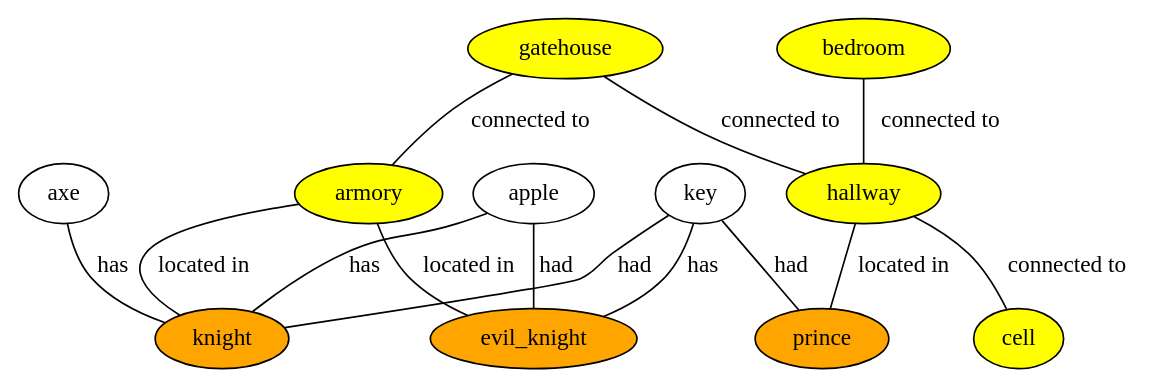
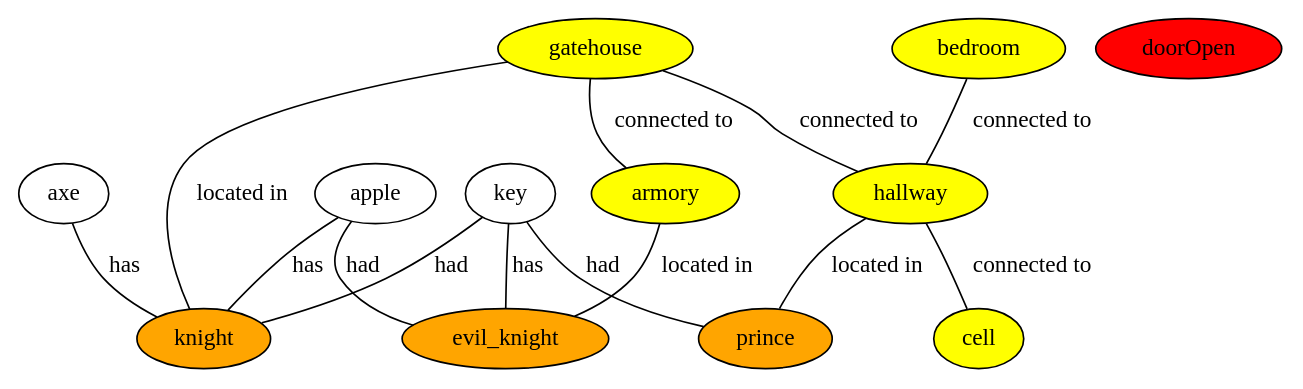
The diagram in BardStep/log/graph.dot (sammo4gun/DungeonRunner), drawn with Graphviz before and after one commit. The commit also changed 5 other files, not shown here.

```diff
--- a/BardStep/log/graph.dot
+++ b/BardStep/log/graph.dot
@@ -1,26 +1,27 @@
 strict graph  {
 gatehouse [fillcolor=yellow, style=filled, type=location];
 bedroom [fillcolor=yellow, style=filled, type=location];
 armory [fillcolor=yellow, style=filled, type=location];
 hallway [fillcolor=yellow, style=filled, type=location];
 cell [fillcolor=yellow, style=filled, type=location];
 axe [fillcolor=white, style=filled, type=object];
 key [fillcolor=white, style=filled, type=object];
 apple [fillcolor=white, style=filled, type=object];
 knight [fillcolor=orange, style=filled, type=character];
 evil_knight [fillcolor=orange, style=filled, type=character];
 prince [fillcolor=orange, style=filled, type=character];
+doorOpen [fillcolor=red, style=filled, type=statement];
 gatehouse -- hallway  [label="connected to"];
 gatehouse -- armory  [label="connected to"];
+gatehouse -- knight  [label="located in"];
 bedroom -- hallway  [label="connected to"];
 armory -- evil_knight  [label="located in"];
-armory -- knight  [label="located in"];
 hallway -- cell  [label="connected to"];
 hallway -- prince  [label="located in"];
 axe -- knight  [label=has];
 key -- evil_knight  [label=has];
 key -- prince  [label=had];
 key -- knight  [label=had];
 apple -- evil_knight  [label=had];
 apple -- knight  [label=has];
 }
```
